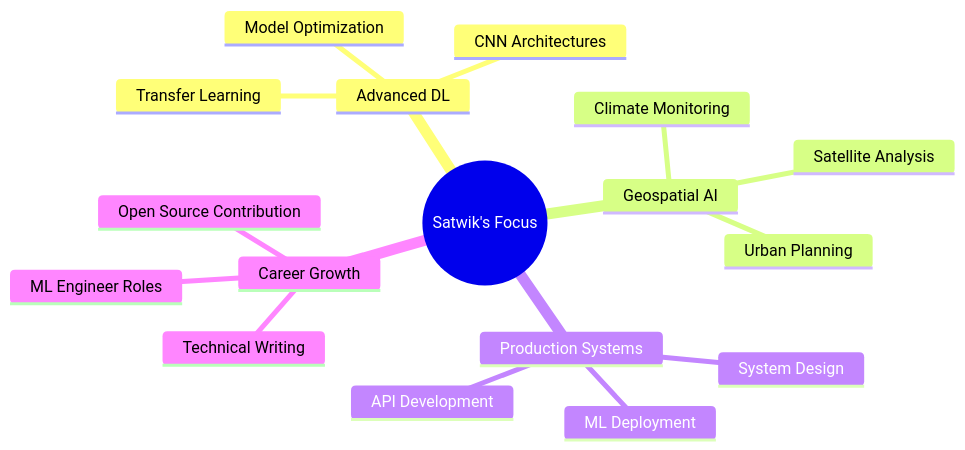
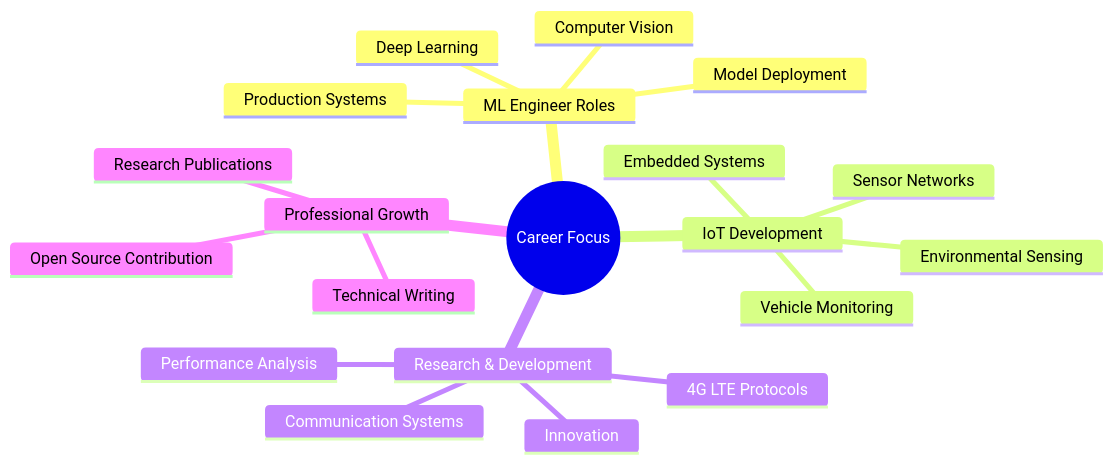
Before and after one commit to satwik-shreshth/satwik-shreshth: the second of 2 diagrams in README.md, drawn with Mermaid. The commit also changed other lines of this file, not shown here.

````diff
--- a/README.md
+++ b/README.md
@@ -311,20 +244,23 @@
 ```mermaid
 mindmap
-  root((Satwik's Focus))
-    Advanced DL
-      CNN Architectures
-      Transfer Learning
-      Model Optimization
-    Geospatial AI
-      Satellite Analysis
-      Climate Monitoring
-      Urban Planning
-    Production Systems
-      ML Deployment
-      System Design
-      API Development
-    Career Growth
-      ML Engineer Roles
+  root((Career Focus))
+    ML Engineer Roles
+      Deep Learning
+      Computer Vision
+      Model Deployment
+      Production Systems
+    IoT Development
+      Sensor Networks
+      Embedded Systems
+      Vehicle Monitoring
+      Environmental Sensing
+    Research & Development
+      4G LTE Protocols
+      Communication Systems
+      Performance Analysis
+      Innovation
+    Professional Growth
+      Technical Writing
       Open Source Contribution
-      Technical Writing
+      Research Publications
 ```
````
